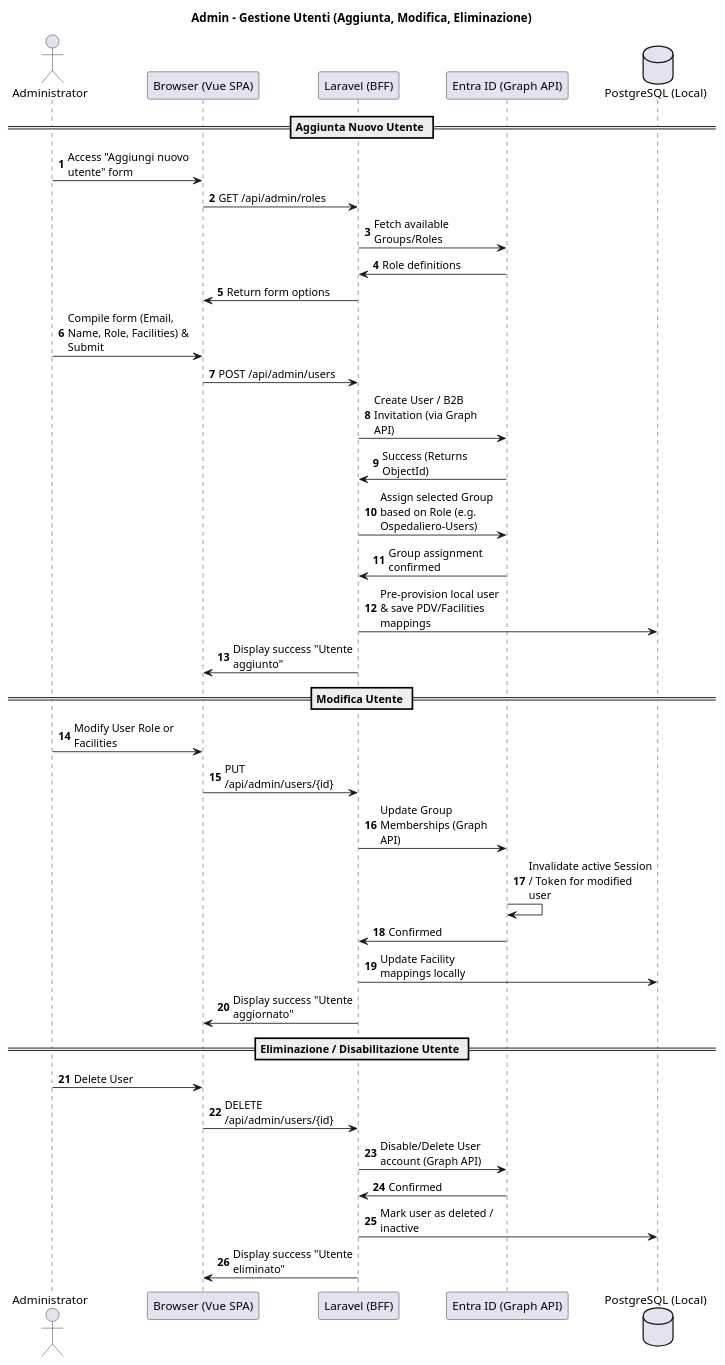
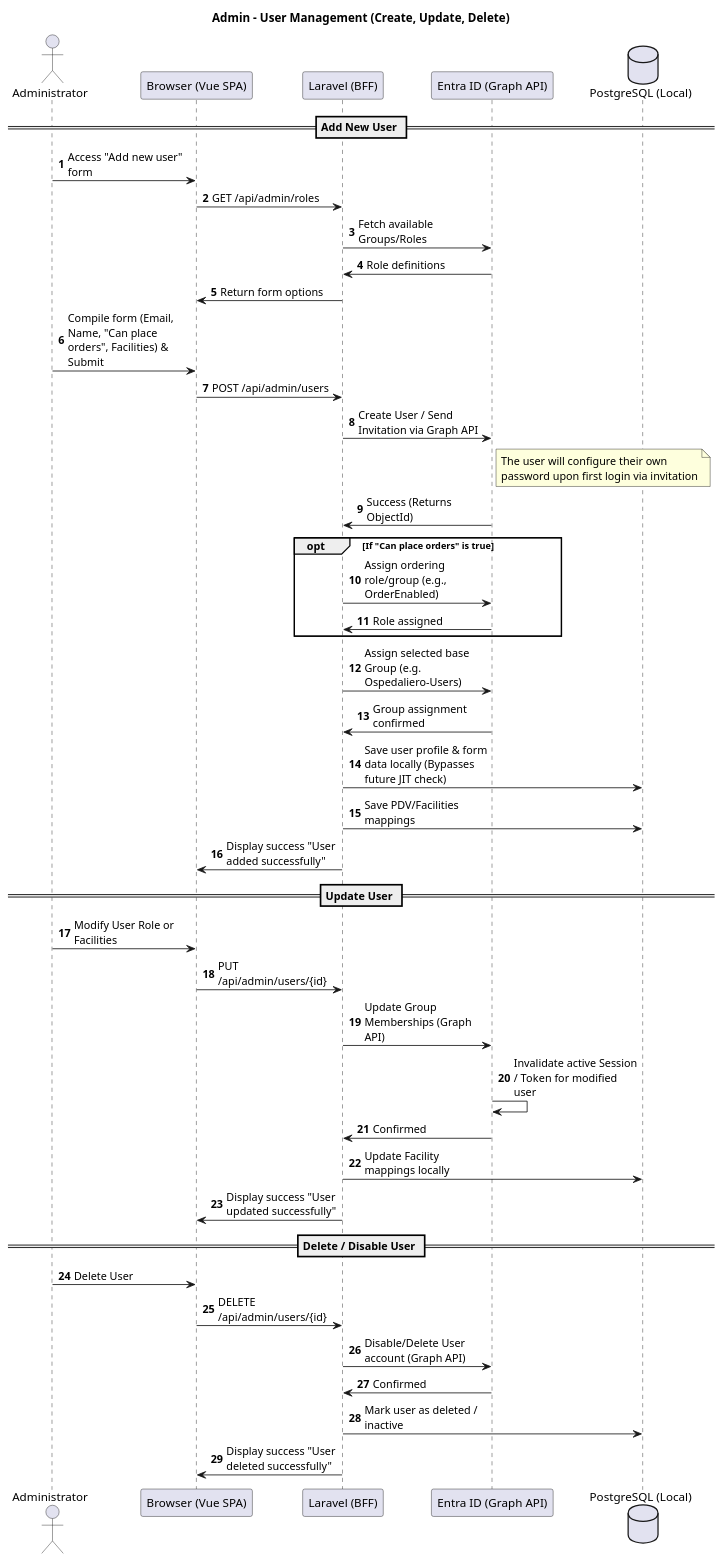
One commit to gant85/ospedaliero-design changed the diagram in docs/diagrams/sequence-admin-users.puml. Above: the diagram before and after it, drawn with PlantUML. The commit also changed 14 other files, not shown here.

```diff
--- a/docs/diagrams/sequence-admin-users.puml
+++ b/docs/diagrams/sequence-admin-users.puml
@@ -1,47 +1,54 @@
 @startuml
-title Admin - Gestione Utenti (Aggiunta, Modifica, Eliminazione)
+title Admin - User Management (Create, Update, Delete)
 skinparam maxMessageSize 150
 autonumber
 
 actor "Administrator" as Admin
 participant "Browser (Vue SPA)" as Browser
 participant "Laravel (BFF)" as BFF
 participant "Entra ID (Graph API)" as EntraID
 database "PostgreSQL (Local)" as DB
 
-== Aggiunta Nuovo Utente ==
-Admin -> Browser: Access "Aggiungi nuovo utente" form
+== Add New User ==
+Admin -> Browser: Access "Add new user" form
 Browser -> BFF: GET /api/admin/roles
 BFF -> EntraID: Fetch available Groups/Roles
 EntraID -> BFF: Role definitions
 BFF -> Browser: Return form options
 
-Admin -> Browser: Compile form (Email, Name, Role, Facilities) & Submit
+Admin -> Browser: Compile form (Email, Name, "Can place orders", Facilities) & Submit
 Browser -> BFF: POST /api/admin/users
-BFF -> EntraID: Create User / B2B Invitation (via Graph API)
+BFF -> EntraID: Create User / Send Invitation via Graph API
+note right of EntraID: The user will configure their own\npassword upon first login via invitation
 EntraID -> BFF: Success (Returns ObjectId)
 
-BFF -> EntraID: Assign selected Group based on Role (e.g. Ospedaliero-Users)
+opt If "Can place orders" is true
+    BFF -> EntraID: Assign ordering role/group (e.g., OrderEnabled)
+    EntraID -> BFF: Role assigned
+end
+
+BFF -> EntraID: Assign selected base Group (e.g. Ospedaliero-Users)
 EntraID -> BFF: Group assignment confirmed
 
-BFF -> DB: Pre-provision local user & save PDV/Facilities mappings
-BFF -> Browser: Display success "Utente aggiunto"
+BFF -> DB: Save user profile & form data locally (Bypasses future JIT check)
+BFF -> DB: Save PDV/Facilities mappings
+BFF -> Browser: Display success "User added successfully"
 
-== Modifica Utente ==
+== Update User ==
 Admin -> Browser: Modify User Role or Facilities
 Browser -> BFF: PUT /api/admin/users/{id}
 BFF -> EntraID: Update Group Memberships (Graph API)
 EntraID -> EntraID: Invalidate active Session / Token for modified user
 EntraID -> BFF: Confirmed
 BFF -> DB: Update Facility mappings locally
-BFF -> Browser: Display success "Utente aggiornato"
+BFF -> Browser: Display success "User updated successfully"
 
-== Eliminazione / Disabilitazione Utente ==
+== Delete / Disable User ==
 Admin -> Browser: Delete User
 Browser -> BFF: DELETE /api/admin/users/{id}
 BFF -> EntraID: Disable/Delete User account (Graph API)
 EntraID -> BFF: Confirmed
 BFF -> DB: Mark user as deleted / inactive
-BFF -> Browser: Display success "Utente eliminato"
+BFF -> Browser: Display success "User deleted successfully"
 
 @enduml
```
